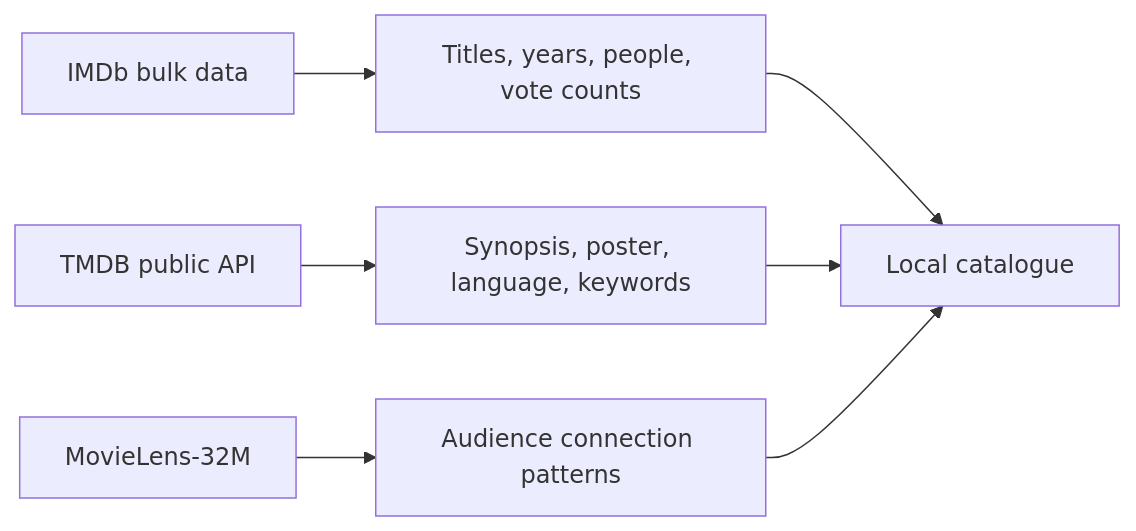
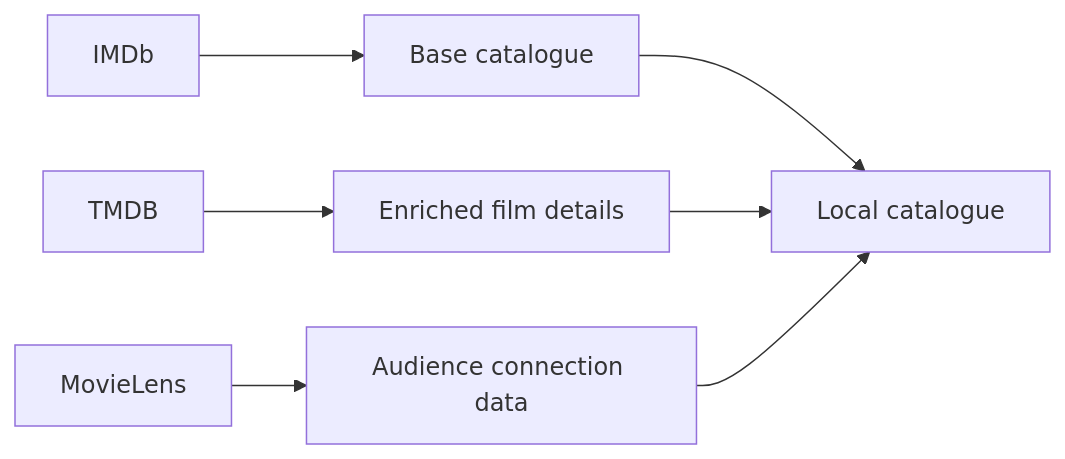
The first of 7 diagrams in docs/HOW_IT_WORKS.md (sarathkumar365/entertainer), drawn with Mermaid before and after one commit. The commit also changed other lines of this file, not shown here.

Commit message:
docs: narrate recommender architecture

````diff
--- a/docs/HOW_IT_WORKS.md
+++ b/docs/HOW_IT_WORKS.md
@@ -105,9 +15,9 @@
-```mermaid
+~~~mermaid
 flowchart LR
-    imdb[IMDb bulk data] --> base[Titles, years, people, vote counts]
-    tmdb[TMDB public API] --> enrich[Synopsis, poster, language, keywords]
-    movieLens[MovieLens-32M] --> patterns[Audience connection patterns]
+    imdb[IMDb] --> base[Base catalogue]
+    tmdb[TMDB] --> enrich[Enriched film details]
+    movieLens[MovieLens] --> audience[Audience connection data]
     base --> catalogue[Local catalogue]
     enrich --> catalogue
-    patterns --> catalogue
-```
+    audience --> catalogue
+~~~
````
